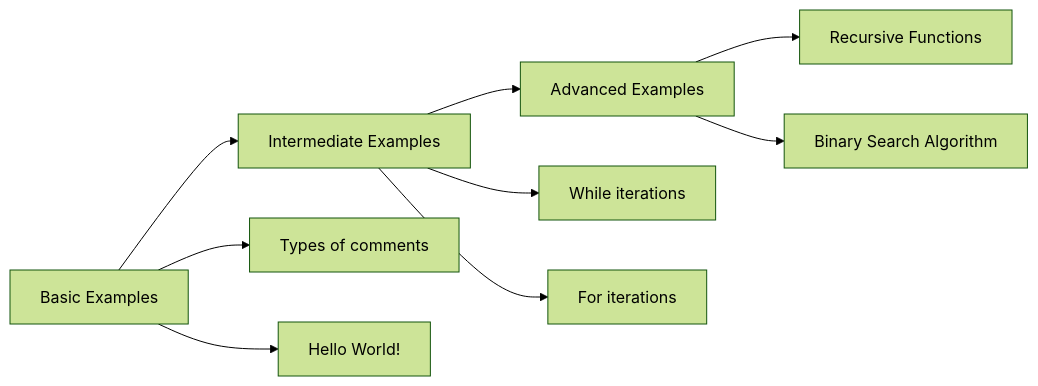
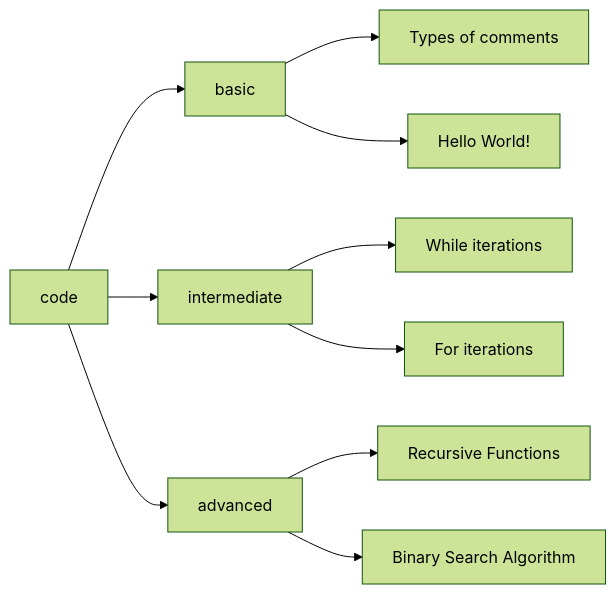
Before and after one commit to seyerjo/learn-python-by-examples: the diagram in README.md, drawn with Mermaid (forest theme). The commit also changed other lines of this file, not shown here.

Commit message:
Update the diagram in the README.md to reflect the correct structure of examples and improve the project's documentation section.

````diff
--- a/README.md
+++ b/README.md
@@ -13,12 +13,12 @@
 ```mermaid
 graph LR
-    A[Basic Examples] --> B[Intermediate Examples]
-    B --> C[Advanced Examples]
-    A --> D[Types of comments]
-    A --> E[Hello World!]
-    B --> F[While iterations]
-    B --> G[For iterations]
-    C --> H[Recursive Functions]
-    C --> I[Binary Search Algorithm]
-
+    A[code] --> B[basic];
+    A --> C[intermediate];
+    A --> D[advanced];
+    B --> E[Types of comments];
+    B --> F[Hello World!];
+    C --> G[While iterations];
+    C --> H[For iterations];
+    D --> I[Recursive Functions];
+    D --> J[Binary Search Algorithm];
 ```
````
